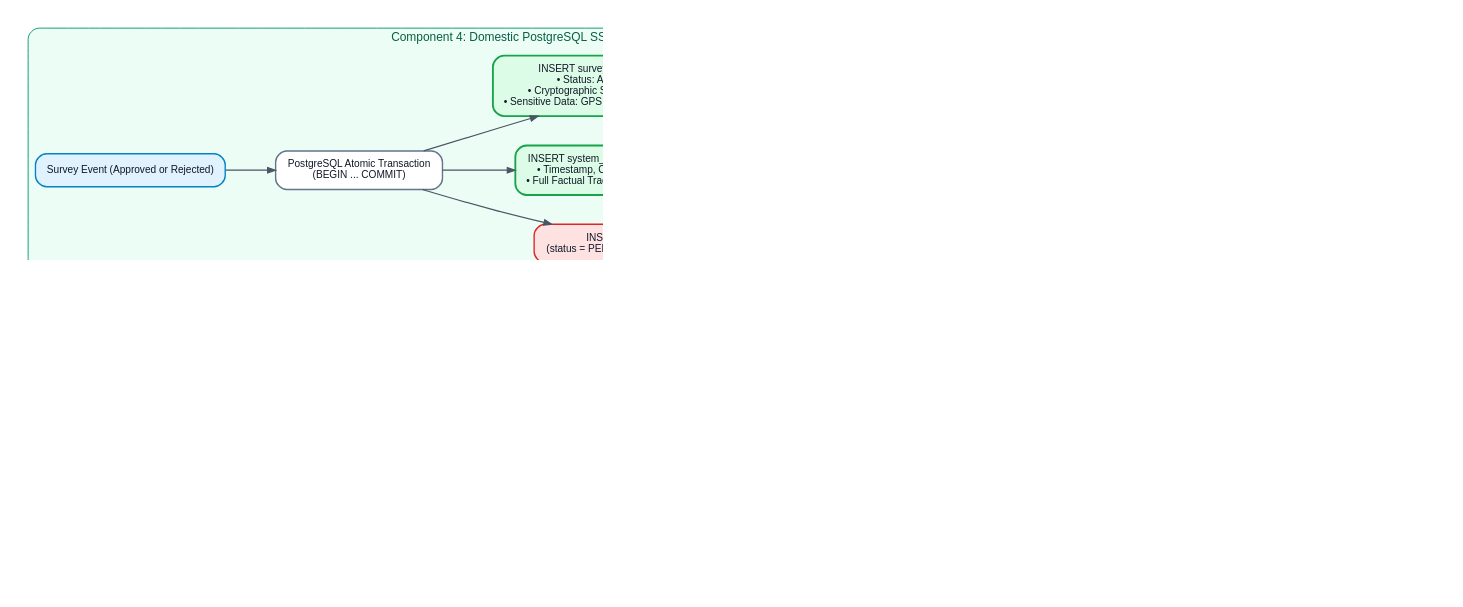
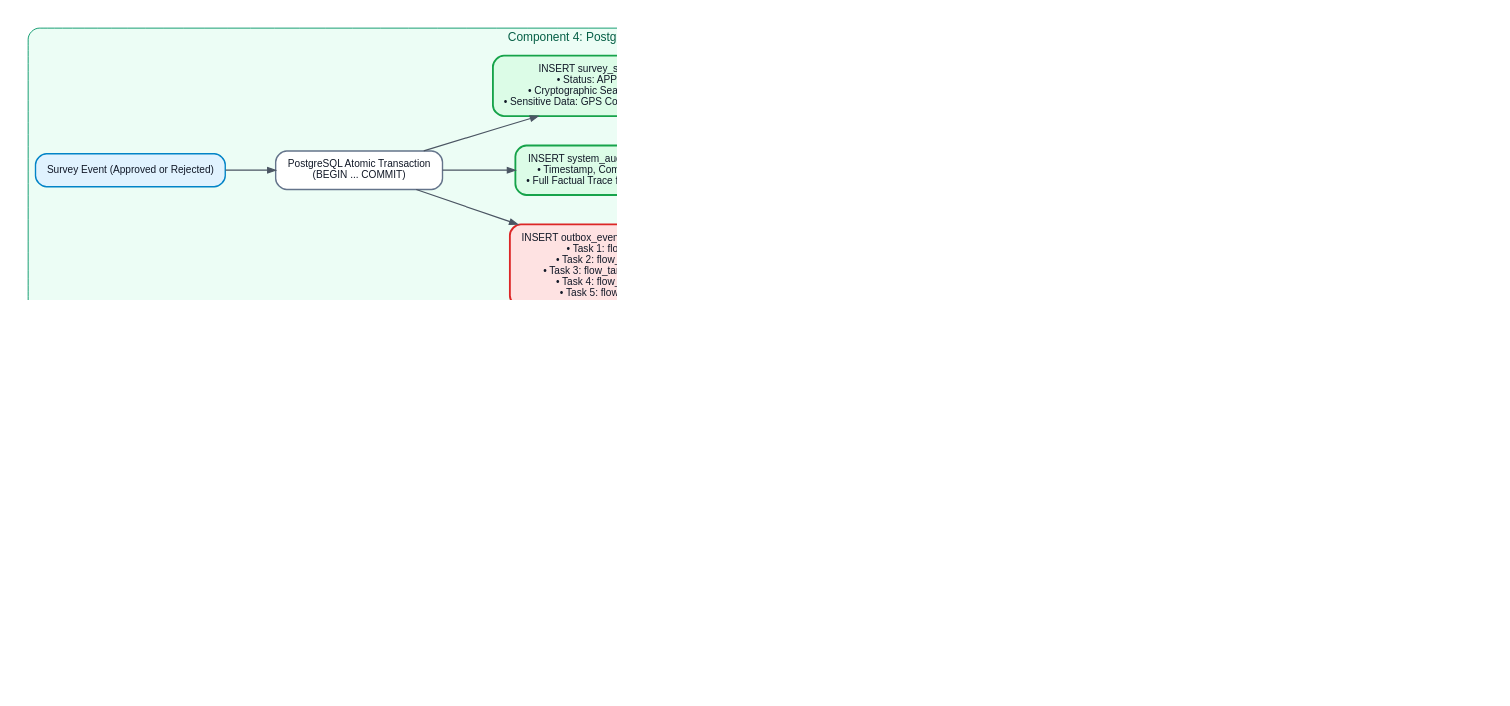
One commit to btanh3812155/survey-pipeline changed the diagram in docs/charts/dot/05_component_4_persistence_customer_delivery.dot. Above: the diagram before and after it, drawn with Graphviz. The commit also changed 4 other files, not shown here.

Commit message:
feat(outbox): decouple downstream dispatch into dedicated per-flow workers with failure isolation

```diff
--- a/docs/charts/dot/05_component_4_persistence_customer_delivery.dot
+++ b/docs/charts/dot/05_component_4_persistence_customer_delivery.dot
@@ -1,70 +1,70 @@
 
 digraph G {
     graph [
         rankdir=LR,
         bgcolor="white",
         dpi=180,
         compound=true,
         nodesep=0.45,
         ranksep=0.75,
         fontname="Helvetica, Arial, sans-serif",
         fontsize=13,
         fontcolor="#111827",
         pad="0.3,0.3"
     ];
     node [
         fontname="Helvetica, Arial, sans-serif",
         fontsize=11,
         fontcolor="#111827",
         shape=box,
         style="rounded,filled",
         fillcolor="#f9fafb",
         color="#9ca3af",
         penwidth=1.5,
         margin="0.2,0.12"
     ];
     edge [
         fontname="Helvetica, Arial, sans-serif",
         fontsize=10,
         fontcolor="#4b5563",
         color="#4b5563",
         penwidth=1.3,
         arrowsize=0.85
     ];
 
     subgraph cluster_ssot_hub {
-        label="Component 4: Domestic PostgreSQL SSOT & Legal Audit Engine (Vietnam Hosted)";
+        label="Component 4: PostgreSQL SSOT & Fan-Out Outbox Engine (Vietnam Hosted)";
         style="rounded,filled"; fillcolor="#ecfdf5"; color="#059669"; fontcolor="#065f46";
 
         survey_event_in [label="Survey Event (Approved or Rejected)", fillcolor="#e0f2fe", color="#0284c7"];
         sql_tx [label="PostgreSQL Atomic Transaction\n(BEGIN ... COMMIT)", fillcolor="#ffffff", color="#64748b"];
         sub_table [label="INSERT survey_submissions (SSOT Master)\n• Status: APPROVED or REJECTED\n• Cryptographic Seal: audit_seal_hash (SHA-256)\n• Sensitive Data: GPS Coordinates + Touchscreen Signature", fillcolor="#dcfce7", color="#16a34a", penwidth=2.0];
         audit_log [label="INSERT system_audit_log (Immutable Audit Trail)\n• Timestamp, Component, Action, Actor ID, IP\n• Full Factual Trace for Decree 13 / A05 Inspection", fillcolor="#dcfce7", color="#16a34a", penwidth=2.0];
-        outbox_table [label="INSERT outbox_events\n(status = PENDING for Approved Events)", fillcolor="#fee2e2", color="#dc2626"];
+        
+        outbox_fanout [label="INSERT outbox_events (Decoupled Per-Flow Tasks)\n• Task 1: flow_target = 'BILLING'\n• Task 2: flow_target = 'R2_UPLOAD'\n• Task 3: flow_target = 'GDRIVE_EXPORT'\n• Task 4: flow_target = 'LARK_SYNC'\n• Task 5: flow_target = 'ZALO_ZNS'", fillcolor="#fee2e2", color="#dc2626", penwidth=2.0];
         tg_push [label="Telegram Bot API Push\n(Dispatches Instant Notice to Driver DM)", fillcolor="#e0f2fe", color="#0284c7"];
     }
 
-    subgraph cluster_downstream_dispatch {
-        label="Downstream Consumers (Projected from PostgreSQL SSOT)";
+    subgraph cluster_dedicated_workers {
+        label="Dedicated Independent Outbox Workers (Failure Isolation: If 1 fails, only it retries!)";
         style="rounded,filled"; fillcolor="#f8fafc"; color="#cbd5e1";
 
-        poller [label="Background Outbox Worker\n(SELECT FOR UPDATE SKIP LOCKED)", fillcolor="#fef3c7", color="#d97706"];
-        s3_upload [label="Domestic Encrypted S3 / MinIO\n(Permanent Vehicle Photo Storage in VN)", fillcolor="#ffffff", color="#64748b"];
-        ledger_credit [label="Financial Payout Credit\ncollaborator_billing_ledger (ACID Payout Audit)", fillcolor="#dcfce7", color="#16a34a"];
-        gdrive_sync [label="Google Drive API Customer Delivery\n(Curated Client Spreadsheets & Photos)", fillcolor="#fef3c7", color="#d97706"];
-        lark_sync [label="Lark Base Management Sync\n(Updates Admin Grid, QC Kanban, Telesales)", fillcolor="#ede9fe", color="#7c3aed"];
-        zns_notify [label="Zalo ZNS Official Thank-You\n(Delivered to Driver Phone)", fillcolor="#e0f2fe", color="#0284c7"];
+        w_billing [label="Worker 1: Billing Outbox Worker\n(Polls flow_target='BILLING')\n-> Credits collaborator_billing_ledger", fillcolor="#dcfce7", color="#16a34a"];
+        w_r2 [label="Worker 2: R2/S3 Upload Worker\n(Polls flow_target='R2_UPLOAD')\n-> Uploads WebP image to Cloudflare R2", fillcolor="#ffffff", color="#64748b"];
+        w_gdrive [label="Worker 3: Google Drive Client Worker\n(Polls flow_target='GDRIVE_EXPORT')\n-> Appends clean row to client spreadsheet", fillcolor="#fef3c7", color="#d97706"];
+        w_lark [label="Worker 4: Lark Base Sync Worker\n(Polls flow_target='LARK_SYNC')\n-> Updates Management Dashboard", fillcolor="#ede9fe", color="#7c3aed"];
+        w_zalo [label="Worker 5: Zalo ZNS Outreach Worker\n(Polls flow_target='ZALO_ZNS')\n-> Sends official thank-you to driver phone", fillcolor="#e0f2fe", color="#0284c7"];
     }
 
     survey_event_in -> sql_tx;
     sql_tx -> sub_table;
     sql_tx -> audit_log;
-    sql_tx -> outbox_table;
+    sql_tx -> outbox_fanout;
     sub_table -> tg_push [label="Committed State -> Immediate Push"];
-    outbox_table -> poller [label="Poll Events (SSOT Driven)"];
-    poller -> s3_upload;
-    poller -> ledger_credit;
-    poller -> gdrive_sync;
-    poller -> lark_sync;
-    poller -> zns_notify;
+    
+    outbox_fanout -> w_billing [label="Independent Queue", color="#16a34a"];
+    outbox_fanout -> w_r2 [label="Independent Queue"];
+    outbox_fanout -> w_gdrive [label="Independent Queue (If GDrive 500, ONLY Worker 3 retries!)", color="#d97706"];
+    outbox_fanout -> w_lark [label="Independent Queue"];
+    outbox_fanout -> w_zalo [label="Independent Queue"];
 }
```
